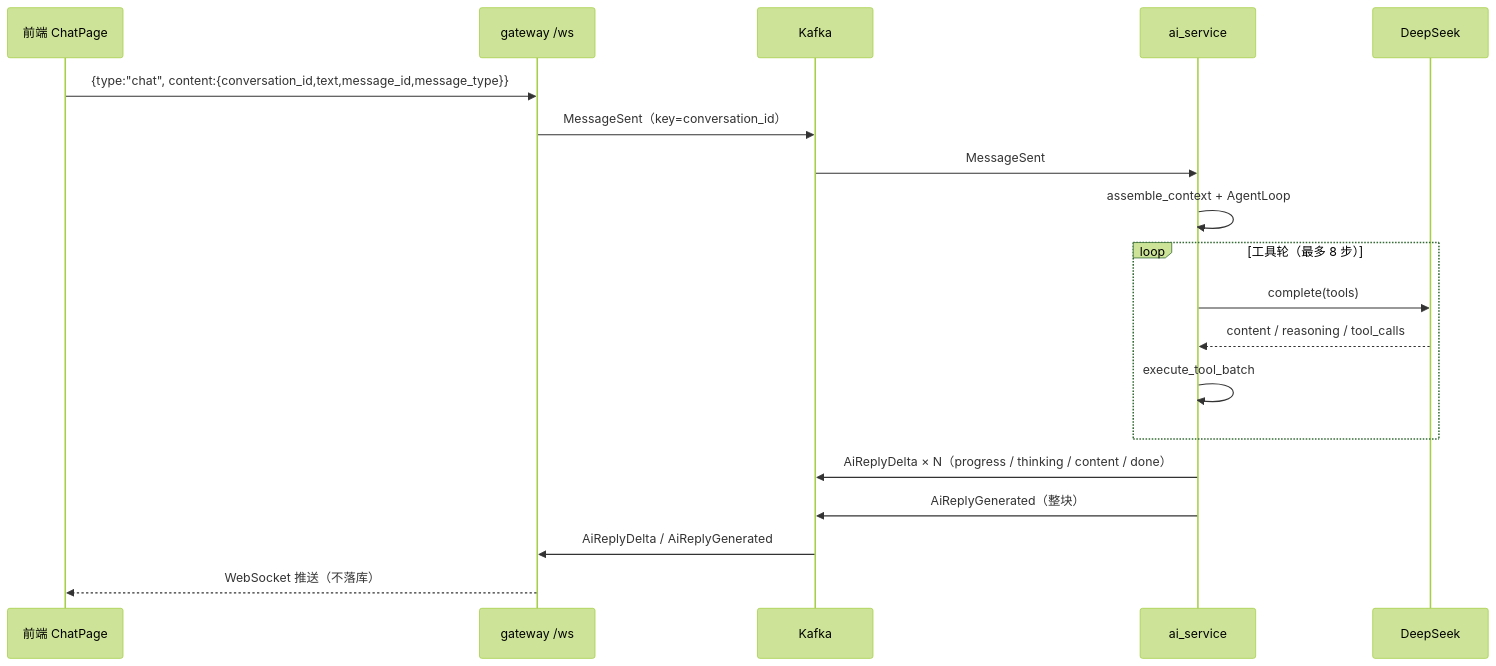
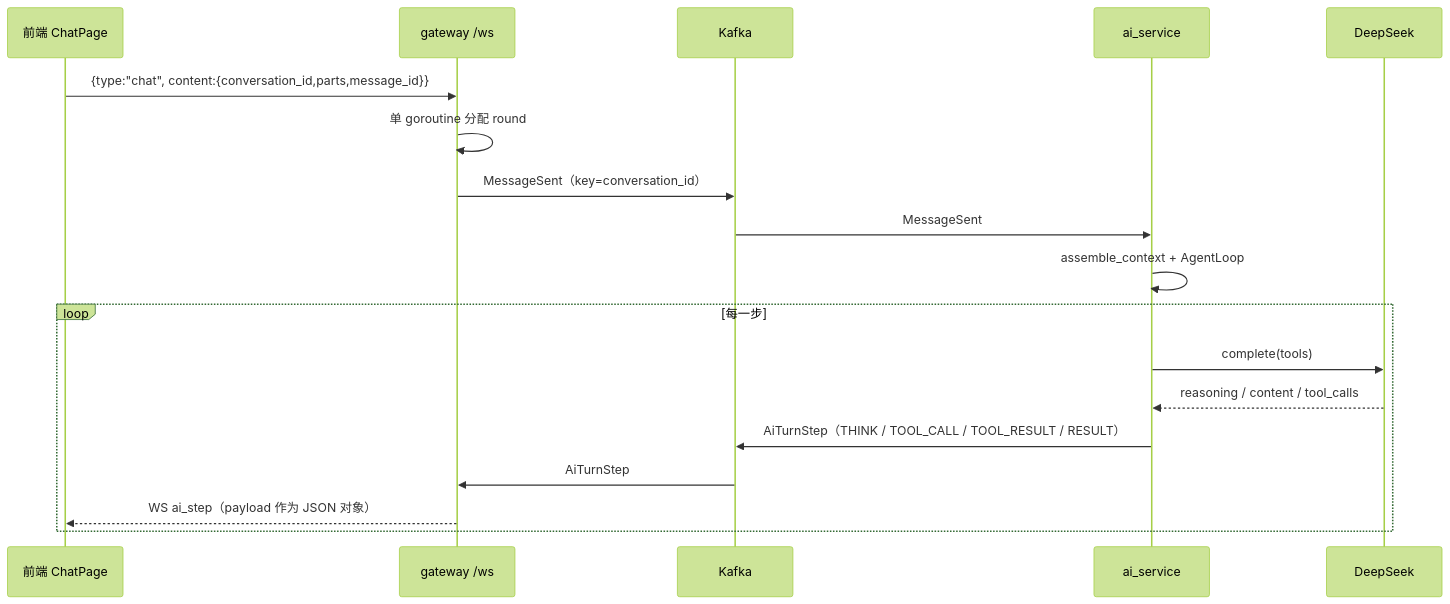
Before and after one commit to ChantLingWang/TDL: the diagram in docs/message-chain.md, drawn with Mermaid (forest theme). The commit also changed other lines of this file and 33 other files, not shown here.

````diff
--- a/docs/message-chain.md
+++ b/docs/message-chain.md
@@ -13,22 +11,21 @@
 ```mermaid
 sequenceDiagram
     participant FE as 前端 ChatPage
     participant GW as gateway /ws
     participant K as Kafka
     participant AI as ai_service
     participant LLM as DeepSeek
 
-    FE->>GW: {type:"chat", content:{conversation_id,text,message_id,message_type}}
+    FE->>GW: {type:"chat", content:{conversation_id,parts,message_id}}
+    GW->>GW: 单 goroutine 分配 round
     GW->>K: MessageSent（key=conversation_id）
     K->>AI: MessageSent
     AI->>AI: assemble_context + AgentLoop
-    loop 工具轮（最多 8 步）
+    loop 每一步
         AI->>LLM: complete(tools)
-        LLM-->>AI: content / reasoning / tool_calls
-        AI->>AI: execute_tool_batch
+        LLM-->>AI: reasoning / content / tool_calls
+        AI->>K: AiTurnStep（THINK / TOOL_CALL / TOOL_RESULT / RESULT）
+        K->>GW: AiTurnStep
+        GW-->>FE: WS ai_step（payload 作为 JSON 对象）
     end
-    AI->>K: AiReplyDelta × N（progress / thinking / content / done）
-    AI->>K: AiReplyGenerated（整块）
-    K->>GW: AiReplyDelta / AiReplyGenerated
-    GW-->>FE: WebSocket 推送（不落库）
 ```
````
